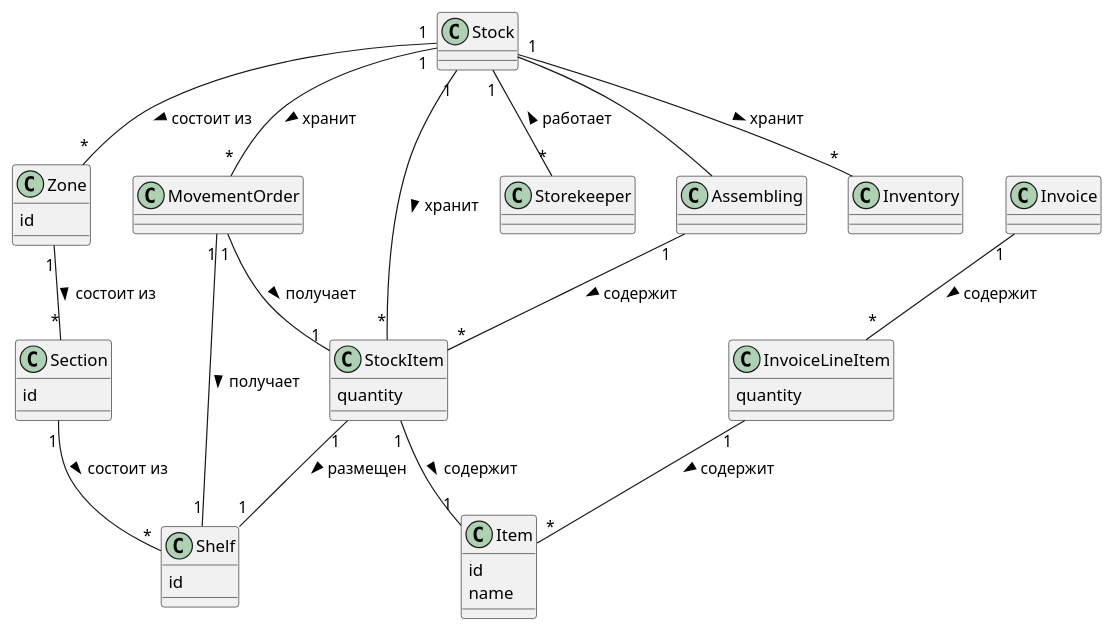
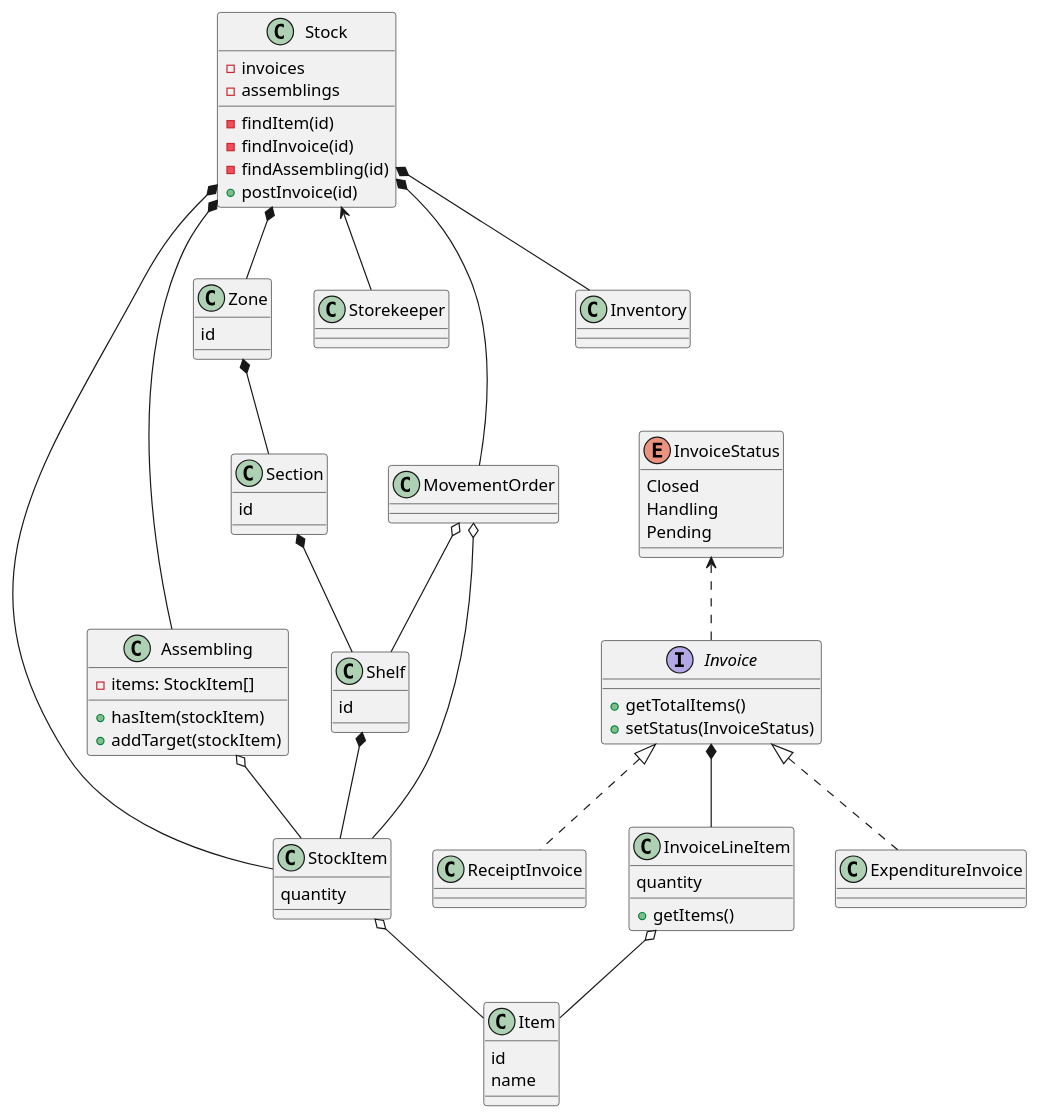
One commit to penamarth/bsbo-02-21_team5_var6_sklad changed the diagram in warehouse/диаграмма_классов.md. Above: the diagram before and after it, drawn with PlantUML.

Commit message:
Добавление методов в диаграмму классов.

```diff
--- a/warehouse/диаграмма_классов.md
+++ b/warehouse/диаграмма_классов.md
@@ -2,7 +2,14 @@
 
 @startuml 
 
-class Stock {}
+class Stock {
+  -invoices
+  -assemblings
+  -findItem(id)
+  -findInvoice(id)
+  -findAssembling(id)
+  +postInvoice(id)
+}
 
 class MovementOrder {}
 
@@ -27,34 +34,55 @@
   id
 }
 
-class Invoice {}
+enum InvoiceStatus {
+  Closed
+  Handling
+  Pending
+}
+
+interface Invoice {
+  +getTotalItems()
+  +setStatus(InvoiceStatus)
+}
+
+class ExpenditureInvoice {}
+
+class ReceiptInvoice {}
 
 class InvoiceLineItem {
   quantity
+  +getItems()
 }
 
 class Storekeeper {}
 
-class Assembling {}
+class Assembling {
+  -items: StockItem[]
+  +hasItem(stockItem)
+  +addTarget(stockItem)
+}
 
 
 class Inventory {}
 
-Stock "1" -- "*" StockItem : "хранит >"
-Stock "1" -- "*" MovementOrder : "хранит >"
-Stock "1" -- "*" Inventory : "хранит >"
-MovementOrder "1" -- "1" StockItem : "получает >"
-MovementOrder "1" -- "1" Shelf: "получает >"
-StockItem "1" -- "1" Item : "содержит >"
-StockItem "1" -- "1" Shelf : "размещен >"
-Invoice "1" -- "*" InvoiceLineItem : "содержит >"
-InvoiceLineItem "1" -- "*" Item : "содержит >"
-Stock "1" -- "*" Zone : "состоит из >"
-Zone "1" -- "*" Section : "состоит из >"
-Section "1" -- "*" Shelf : "состоит из >"
-Stock "1" -- "*" Storekeeper : "работает <"
-Stock -- Assembling
-Assembling "1" -- "*" StockItem : "содержит >"
+Stock *-- Inventory
+Stock *-- MovementOrder
+MovementOrder o-- StockItem
+MovementOrder o-- Shelf
+Invoice *-- InvoiceLineItem
+InvoiceLineItem o-- Item
+StockItem o-- Item
+Shelf *-- StockItem
+Section *-- Shelf
+Zone *-- Section
+Stock *-- Zone
+Assembling o-- StockItem
+Stock *-- Assembling
+Stock <-- Storekeeper
+Stock *-- StockItem
+Invoice <|.. ExpenditureInvoice
+Invoice <|.. ReceiptInvoice
+InvoiceStatus <.. Invoice
 
 @enduml
 
```
